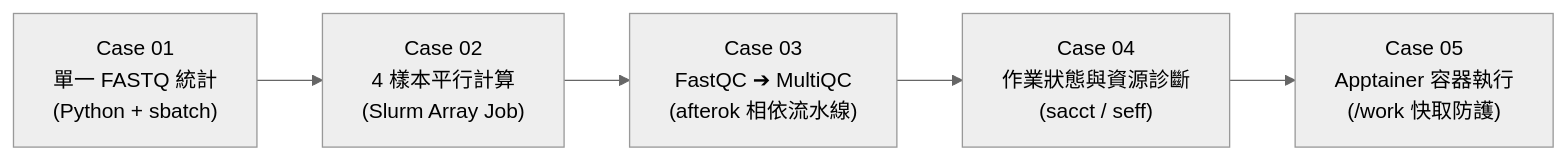
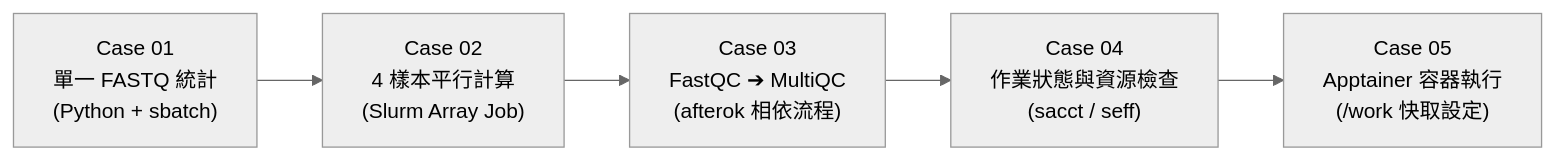
One commit to gemini960114/nano4-ngs-slurm-skill changed the diagram in 03-basic-slurm-and-qc/README.md. Above: the diagram before and after it, drawn with Mermaid (neutral theme). The commit also changed other lines of this file and 8 other files, not shown here.

````diff
--- a/03-basic-slurm-and-qc/README.md
+++ b/03-basic-slurm-and-qc/README.md
@@ -7,7 +7,7 @@
 ```mermaid
 flowchart LR
     C1["Case 01<br>單一 FASTQ 統計<br>(Python + sbatch)"] --> C2["Case 02<br>4 樣本平行計算<br>(Slurm Array Job)"]
-    C2 --> C3["Case 03<br>FastQC ➔ MultiQC<br>(afterok 相依流水線)"]
-    C3 --> C4["Case 04<br>作業狀態與資源診斷<br>(sacct / seff)"]
-    C4 --> C5["Case 05<br>Apptainer 容器執行<br>(/work 快取防護)"]
+    C2 --> C3["Case 03<br>FastQC ➔ MultiQC<br>(afterok 相依流程)"]
+    C3 --> C4["Case 04<br>作業狀態與資源檢查<br>(sacct / seff)"]
+    C4 --> C5["Case 05<br>Apptainer 容器執行<br>(/work 快取設定)"]
 ```
````
